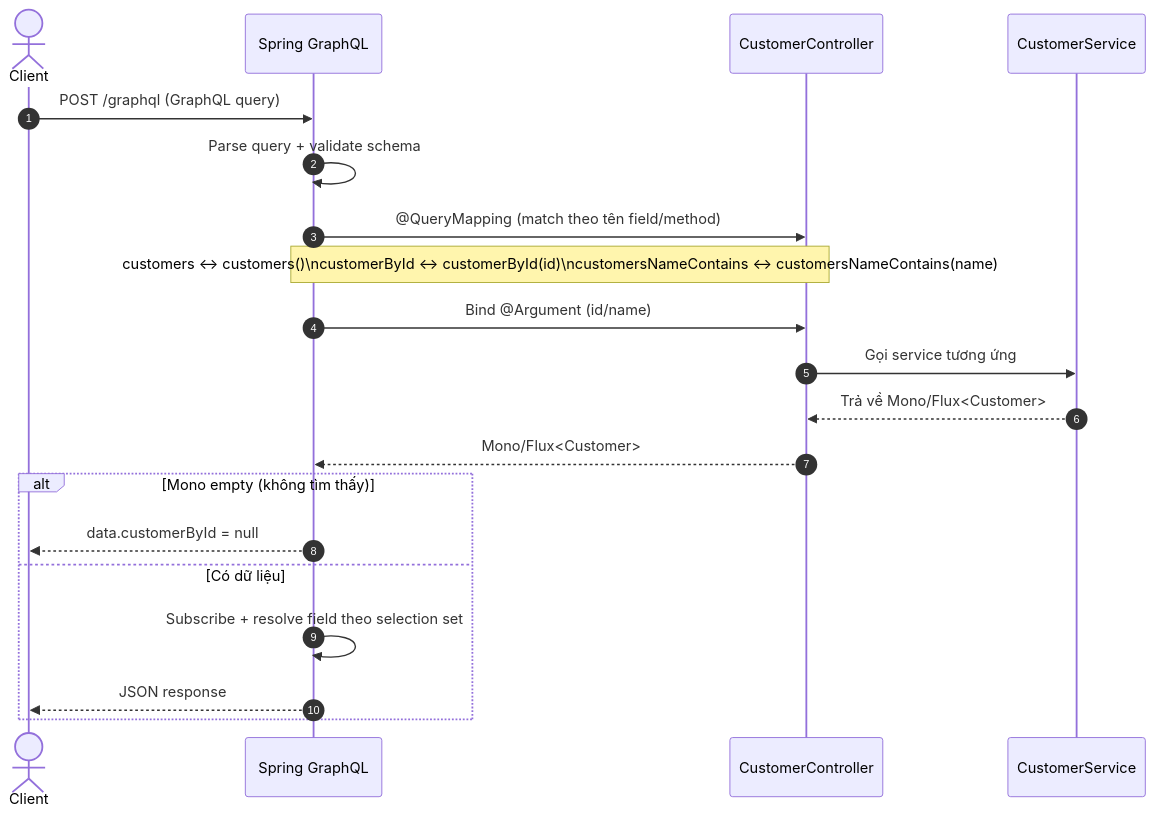
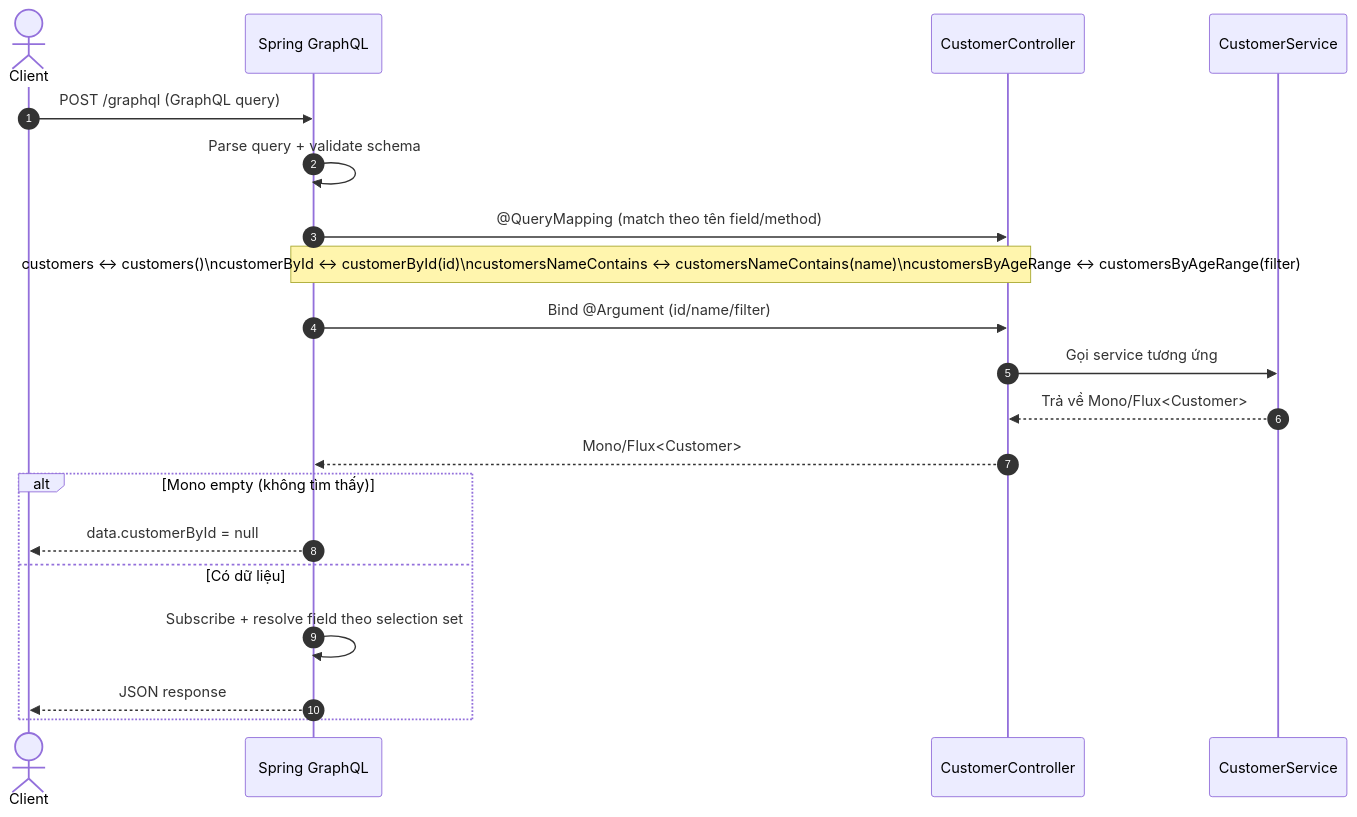
The first of 2 diagrams in GraphQL/43. Spring with GraphQL.md (dannguyenmessi1705/Spring), drawn with Mermaid before and after one commit. The commit also changed other lines of this file and 12 other files, not shown here.

Commit message:
feat: Implement age range filtering for customers with GraphQL

````diff
--- a/GraphQL/43. Spring with GraphQL.md
+++ b/GraphQL/43. Spring with GraphQL.md
@@ -254,24 +319,24 @@
 ```mermaid
 sequenceDiagram
   autonumber
   actor Client
   participant Spring as Spring GraphQL
   participant Controller as CustomerController
   participant Service as CustomerService
 
   Client->>Spring: POST /graphql (GraphQL query)
   Spring->>Spring: Parse query + validate schema
   Spring->>Controller: @QueryMapping (match theo tên field/method)
-  Note over Spring,Controller: customers ↔ customers()\ncustomerById ↔ customerById(id)\ncustomersNameContains ↔ customersNameContains(name)
-  Spring->>Controller: Bind @Argument (id/name)
+  Note over Spring,Controller: customers ↔ customers()\ncustomerById ↔ customerById(id)\ncustomersNameContains ↔ customersNameContains(name)\ncustomersByAgeRange ↔ customersByAgeRange(filter)
+  Spring->>Controller: Bind @Argument (id/name/filter)
   Controller->>Service: Gọi service tương ứng
   Service-->>Controller: Trả về Mono/Flux<Customer>
   Controller-->>Spring: Mono/Flux<Customer>
 
   alt Mono empty (không tìm thấy)
     Spring-->>Client: data.customerById = null
   else Có dữ liệu
     Spring->>Spring: Subscribe + resolve field theo selection set
     Spring-->>Client: JSON response
   end
 ```
````
